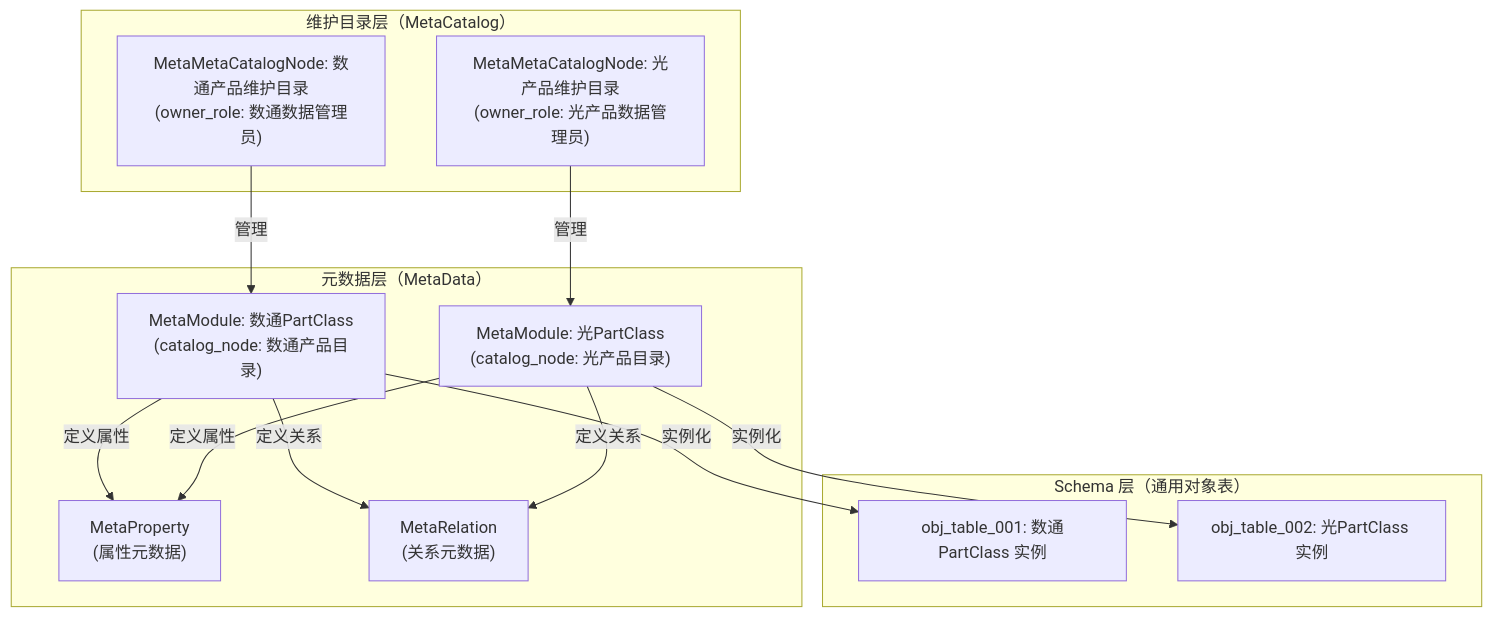
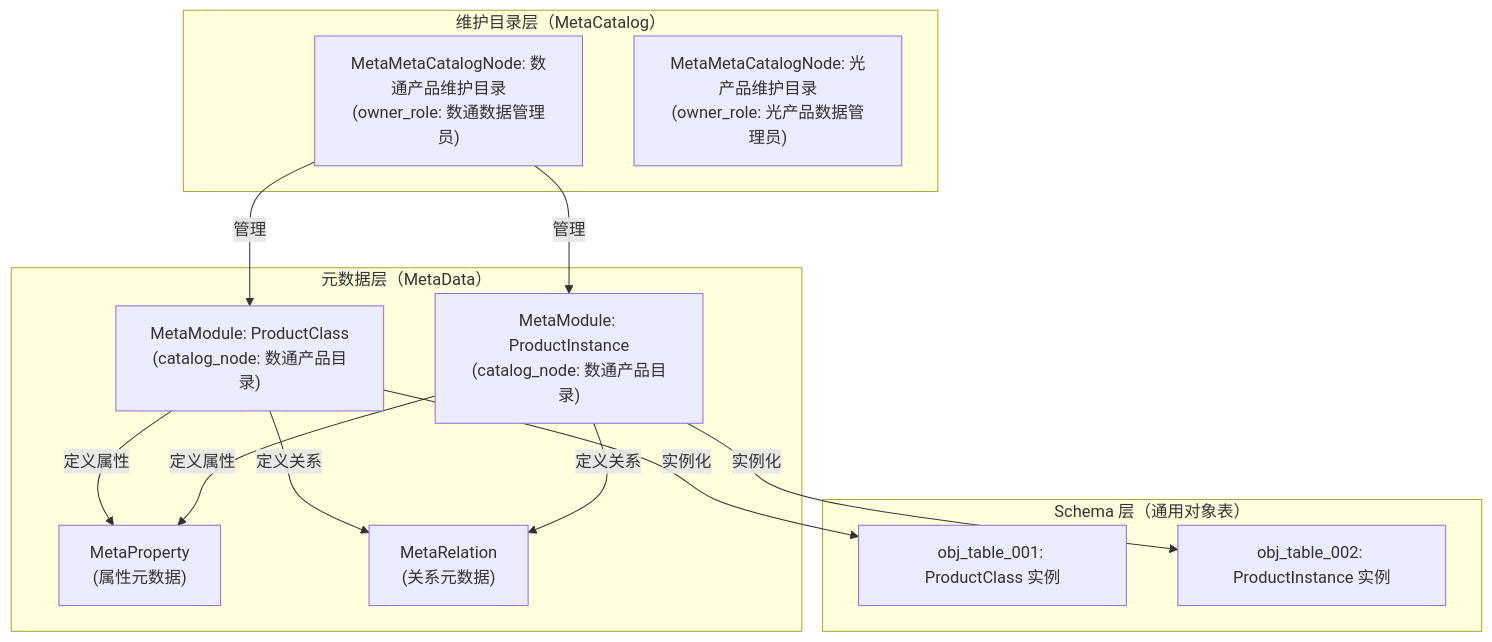
The tenth of 16 diagrams in docs/数字产品系统架构设计说明书.md (goflyboy/digitalproduct), drawn with Mermaid before and after one commit. The commit also changed other lines of this file and 4 other files, not shown here.

````diff
--- a/docs/数字产品系统架构设计说明书.md
+++ b/docs/数字产品系统架构设计说明书.md
@@ -3034,29 +3137,29 @@
 ```mermaid
 flowchart TB
     subgraph CatalogLayer["维护目录层（MetaCatalog）"]
         CN1["MetaMetaCatalogNode: 数通产品维护目录<br/>(owner_role: 数通数据管理员)"]
         CN2["MetaMetaCatalogNode: 光产品维护目录<br/>(owner_role: 光产品数据管理员)"]
     end
 
     subgraph MetaLayer["元数据层（MetaData）"]
-        MM1["MetaModule: 数通PartClass<br/>(catalog_node: 数通产品目录)"]
-        MM2["MetaModule: 光PartClass<br/>(catalog_node: 光产品目录)"]
+        MM1["MetaModule: ProductClass<br/>(catalog_node: 数通产品目录)"]
+        MM2["MetaModule: ProductInstance<br/>(catalog_node: 数通产品目录)"]
         MP["MetaProperty<br/>(属性元数据)"]
         MR["MetaRelation<br/>(关系元数据)"]
     end
 
     subgraph SchemaLayer["Schema 层（通用对象表）"]
-        O1["obj_table_001: 数通PartClass 实例"]
-        O2["obj_table_002: 光PartClass 实例"]
+        O1["obj_table_001: ProductClass 实例"]
+        O2["obj_table_002: ProductInstance 实例"]
     end
 
     CN1 -->|管理| MM1
-    CN2 -->|管理| MM2
+    CN1 -->|管理| MM2
     MM1 -->|定义属性| MP
     MM2 -->|定义属性| MP
     MM1 -->|定义关系| MR
     MM2 -->|定义关系| MR
 
     MM1 -->|实例化| O1
     MM2 -->|实例化| O2
 ```
````
